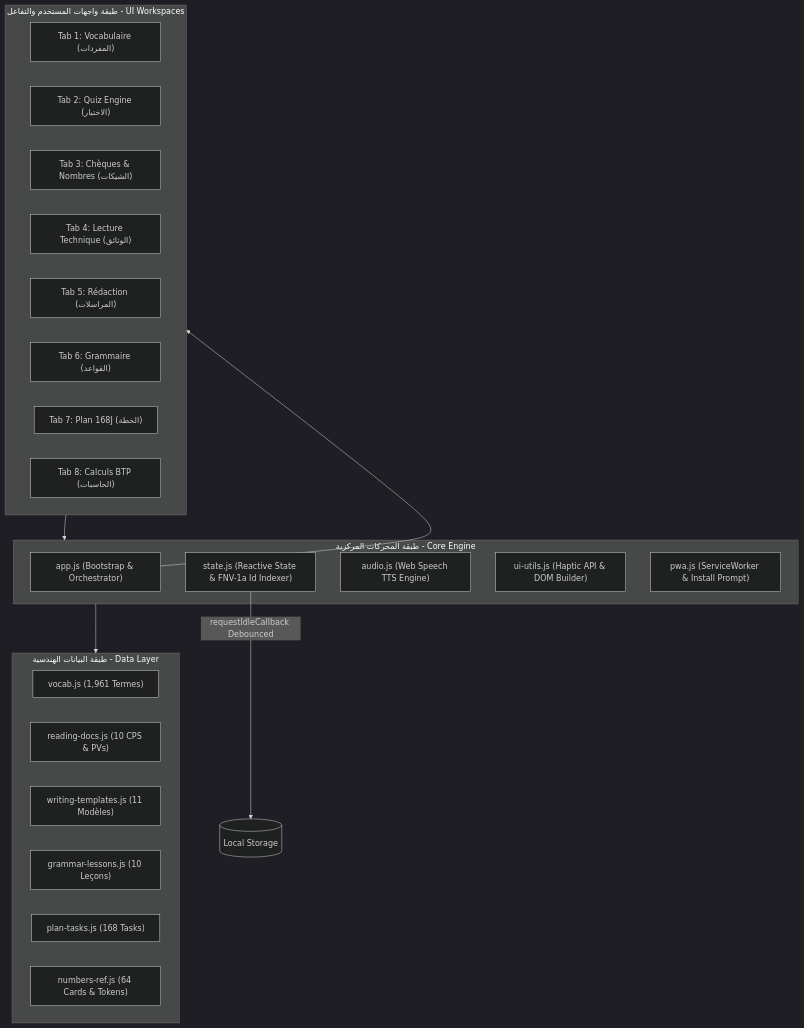
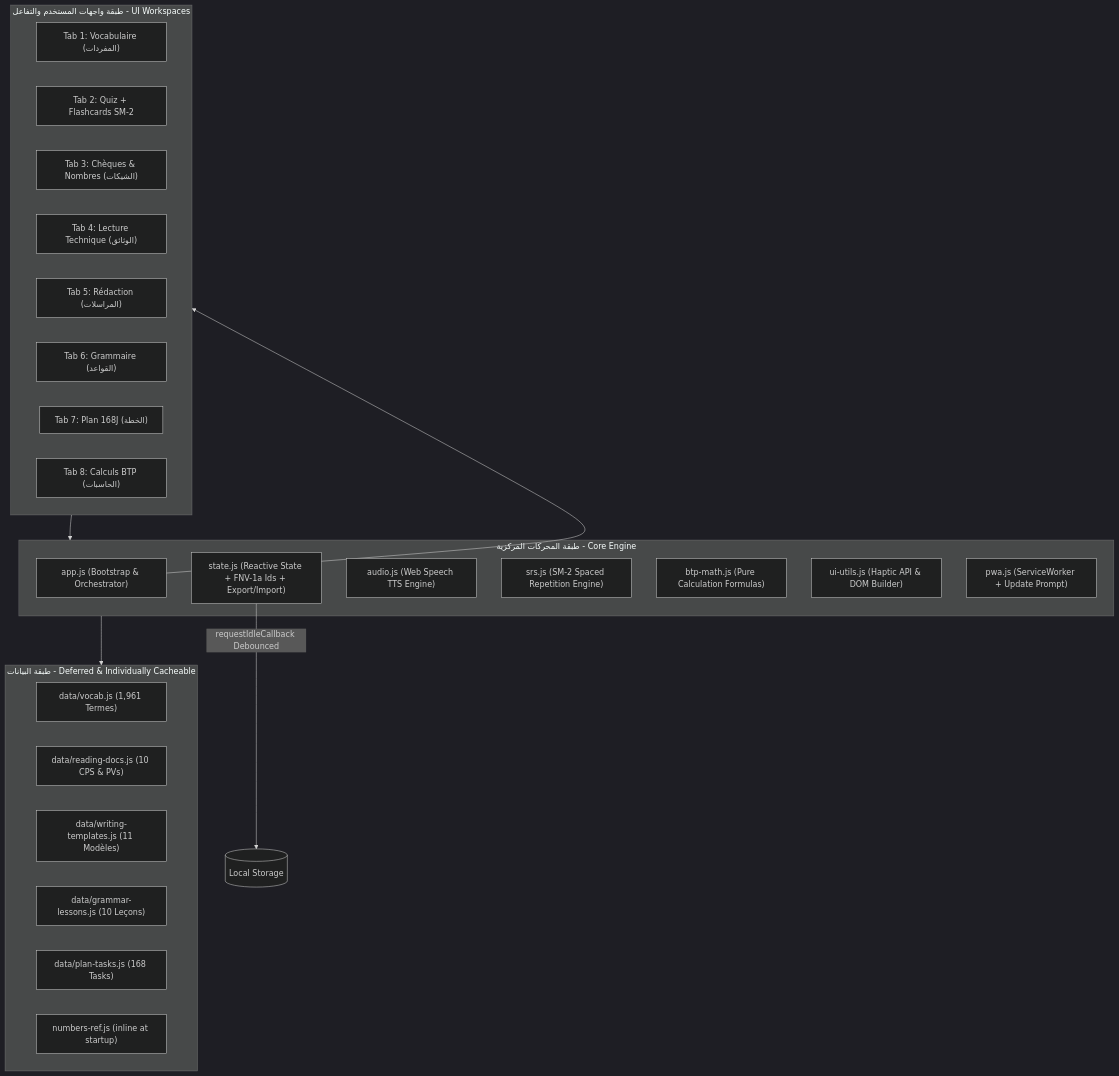
The first of 2 diagrams in README.md (F1ONEHAMZA01/F1ONEHAMZA01-), drawn with Mermaid (dark theme) before and after one commit. The commit also changed other lines of this file, not shown here.

````diff
--- a/README.md
+++ b/README.md
@@ -72,35 +76,37 @@
 ```mermaid
 graph TD
     subgraph UI_Layer [طبقة واجهات المستخدم والتفاعل - UI Workspaces]
         T1["Tab 1: Vocabulaire (المفردات)"]
-        T2["Tab 2: Quiz Engine (الاختبار)"]
+        T2["Tab 2: Quiz + Flashcards SM-2"]
         T3["Tab 3: Chèques & Nombres (الشيكات)"]
         T4["Tab 4: Lecture Technique (الوثائق)"]
         T5["Tab 5: Rédaction (المراسلات)"]
         T6["Tab 6: Grammaire (القواعد)"]
         T7["Tab 7: Plan 168J (الخطة)"]
         T8["Tab 8: Calculs BTP (الحاسبات)"]
     end
 
     subgraph Core_Engine [طبقة المحركات المركزية - Core Engine]
         App["app.js (Bootstrap & Orchestrator)"]
-        State["state.js (Reactive State & FNV-1a Id Indexer)"]
+        State["state.js (Reactive State + FNV-1a Ids + Export/Import)"]
         AudioEngine["audio.js (Web Speech TTS Engine)"]
+        SRS["srs.js (SM-2 Spaced Repetition Engine)"]
+        BtpMath["btp-math.js (Pure Calculation Formulas)"]
         UIUtils["ui-utils.js (Haptic API & DOM Builder)"]
-        PWAEngine["pwa.js (ServiceWorker & Install Prompt)"]
+        PWAEngine["pwa.js (ServiceWorker + Update Prompt)"]
     end
 
-    subgraph Data_Layer [طبقة البيانات الهندسية - Data Layer]
-        D_Vocab["vocab.js (1,961 Termes)"]
-        D_Docs["reading-docs.js (10 CPS & PVs)"]
-        D_Templates["writing-templates.js (11 Modèles)"]
-        D_Grammar["grammar-lessons.js (10 Leçons)"]
-        D_Plan["plan-tasks.js (168 Tasks)"]
-        D_Numbers["numbers-ref.js (64 Cards & Tokens)"]
+    subgraph Data_Layer [طبقة البيانات - Deferred & Individually Cacheable]
+        D_Vocab["data/vocab.js (1,961 Termes)"]
+        D_Docs["data/reading-docs.js (10 CPS & PVs)"]
+        D_Templates["data/writing-templates.js (11 Modèles)"]
+        D_Grammar["data/grammar-lessons.js (10 Leçons)"]
+        D_Plan["data/plan-tasks.js (168 Tasks)"]
+        D_Numbers["numbers-ref.js (inline at startup)"]
     end
 
     App --> UI_Layer
     UI_Layer --> Core_Engine
     Core_Engine --> Data_Layer
     State -->|requestIdleCallback Debounced| LocalStorage[(Local Storage)]
 ```
````
